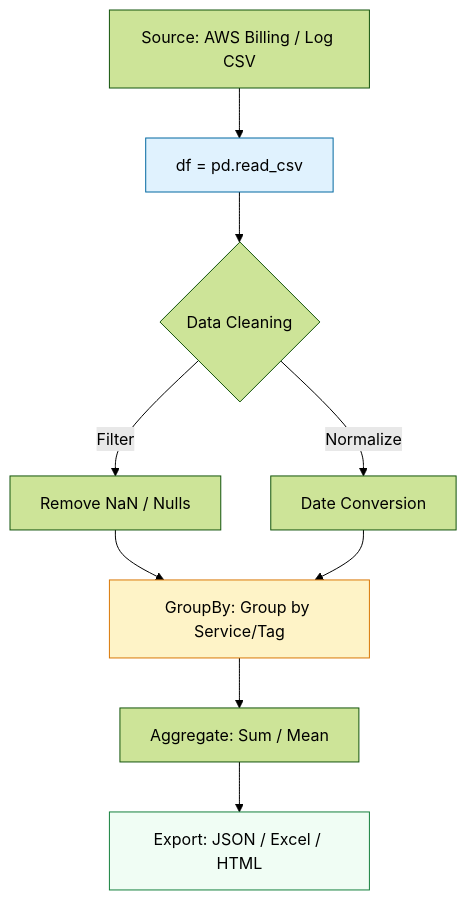
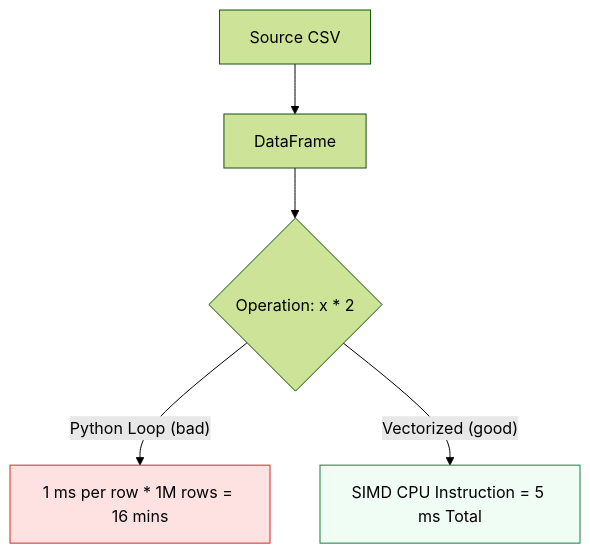
One commit to Ganil151/Devops changed the diagram in 2-Intermediate/02-Phase-2/01-Infrastructure-Automation/01-Scripting-Automation/02-Python-for-Infrastructure/13-Data-Processing-with-Pandas/README.md. Above: the diagram before and after it, drawn with Mermaid (forest theme). The commit also changed other lines of this file and 1176 other files, not shown here.

````diff
--- a/2-Intermediate/02-Phase-2/01-Infrastructure-Automation/01-Scripting-Automation/02-Python-for-Infrastructure/13-Data-Processing-with-Pandas/README.md
+++ b/2-Intermediate/02-Phase-2/01-Infrastructure-Automation/01-Scripting-Automation/02-Python-for-Infrastructure/13-Data-Processing-with-Pandas/README.md
@@ -13,15 +34,10 @@
 ```mermaid
 graph TD
-    A[Source: AWS Billing / Log CSV] --> B[df = pd.read_csv]
-    B --> C{Data Cleaning}
-    C -- Filter --> D[Remove NaN / Nulls]
-    C -- Normalize --> E[Date Conversion]
-    D --> F[GroupBy: Group by Service/Tag]
-    E --> F
-    F --> G[Aggregate: Sum / Mean]
-    G --> H[Export: JSON / Excel / HTML]
+    A[Source CSV] --> B[DataFrame]
+    B --> C{Operation: x * 2}
+    C -- Python Loop (bad) --> D[1 ms per row * 1M rows = 16 mins]
+    C -- Vectorized (good) --> E[SIMD CPU Instruction = 5 ms Total]
     
-    style B fill:#e0f2fe,stroke:#0369a1
-    style F fill:#fef3c7,stroke:#d97706
-    style H fill:#f0fdf4,stroke:#15803d
+    style D fill:#fee2e2,stroke:#dc2626
+    style E fill:#f0fdf4,stroke:#15803d
 ```
````
